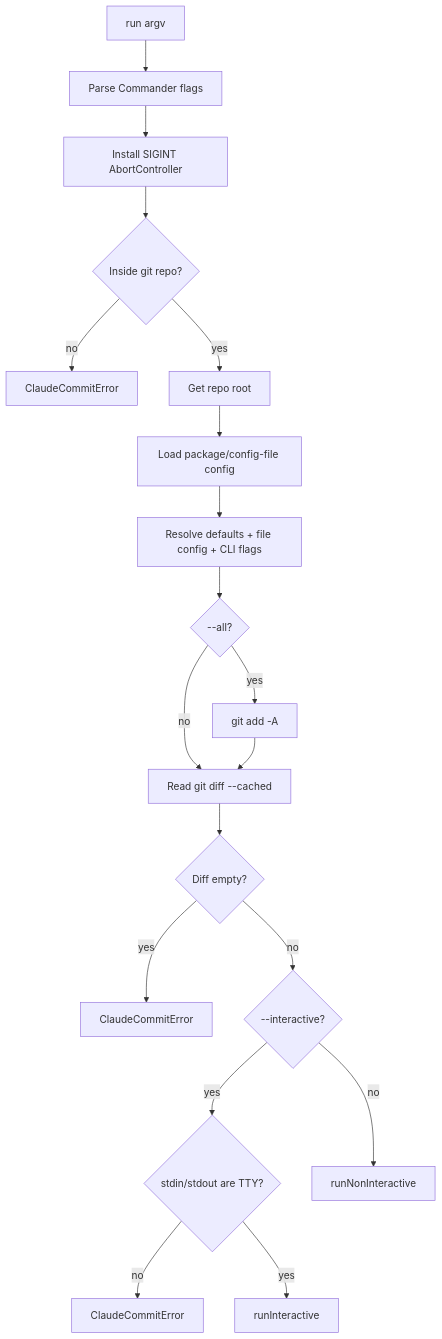
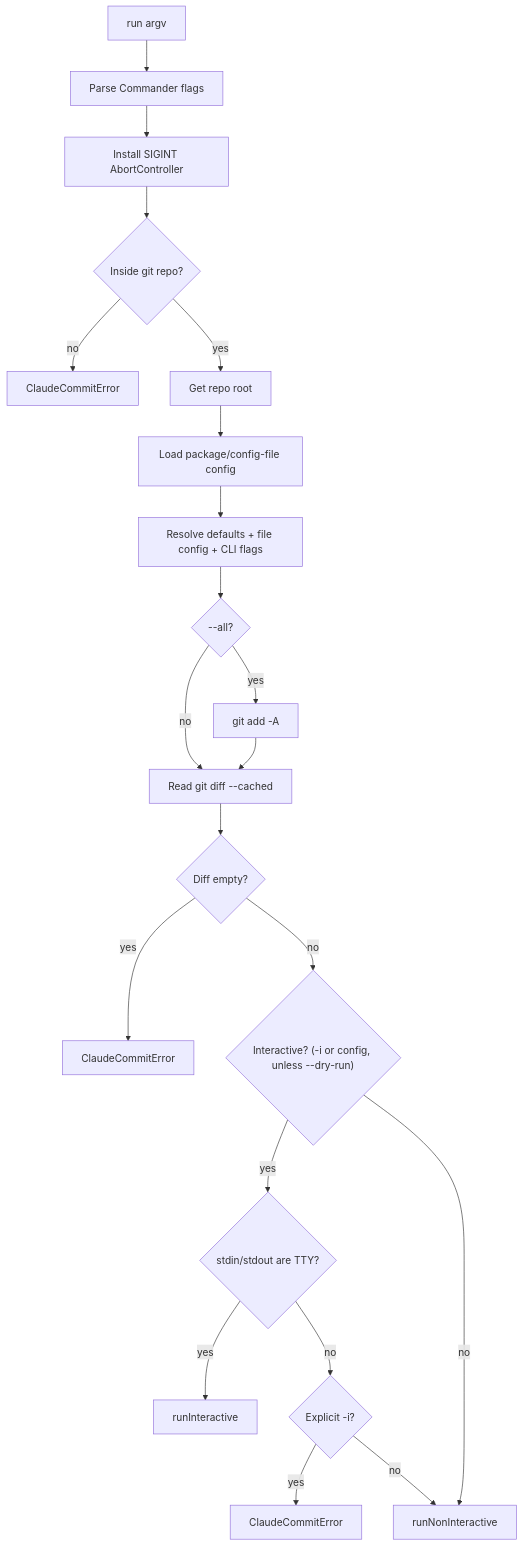
Before and after one commit to synmux/claude-commit: the second of 7 diagrams in WALKTHROUGH.md, drawn with Mermaid. The commit also changed other lines of this file and 15 other files, not shown here.

First line of the commit message:
♻️ refactor(ui): rework interactive picker, resolve mode from config

````diff
--- a/WALKTHROUGH.md
+++ b/WALKTHROUGH.md
@@ -81,21 +81,23 @@
 ```mermaid
 flowchart TD
   start[run argv] --> parse[Parse Commander flags]
   parse --> sigint[Install SIGINT AbortController]
   sigint --> repo{Inside git repo?}
   repo -- no --> repoerr[ClaudeCommitError]
   repo -- yes --> root[Get repo root]
   root --> filecfg[Load package/config-file config]
   filecfg --> merge[Resolve defaults + file config + CLI flags]
   merge --> all{--all?}
   all -- yes --> stage[git add -A]
   all -- no --> diff
   stage --> diff[Read git diff --cached]
   diff --> empty{Diff empty?}
   empty -- yes --> emptyerr[ClaudeCommitError]
-  empty -- no --> mode{--interactive?}
+  empty -- no --> mode{"Interactive? (-i or config, unless --dry-run)"}
   mode -- yes --> tty{stdin/stdout are TTY?}
-  tty -- no --> tuierr[ClaudeCommitError]
   tty -- yes --> interactive[runInteractive]
+  tty -- no --> explicit{Explicit -i?}
+  explicit -- yes --> tuierr[ClaudeCommitError]
+  explicit -- no --> noninteractive[runNonInteractive]
   mode -- no --> noninteractive[runNonInteractive]
 ```
````
